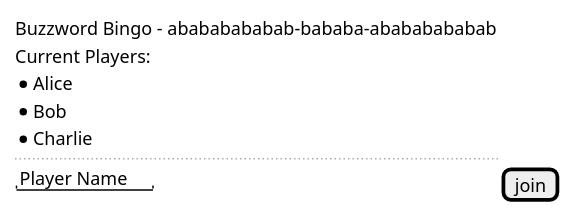
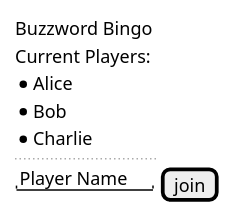
The second of 3 diagrams in design/rest.rst (AndrewWasHere/buzzwordbing), drawn with PlantUML before and after one commit. The commit also changed other lines of this file and 4 other files, not shown here.

```diff
--- a/design/rest.rst
+++ b/design/rest.rst
@@ -36,14 +43,14 @@
 .. uml::
 
     @startuml
     salt
     {
-      Buzzword Bingo - abababababab-bababa-abababababab
+      Buzzword Bingo
       Current Players:
       * Alice
       * Bob
       * Charlie
       ..
       "Player Name" | [join]
     }
     @enduml
```
